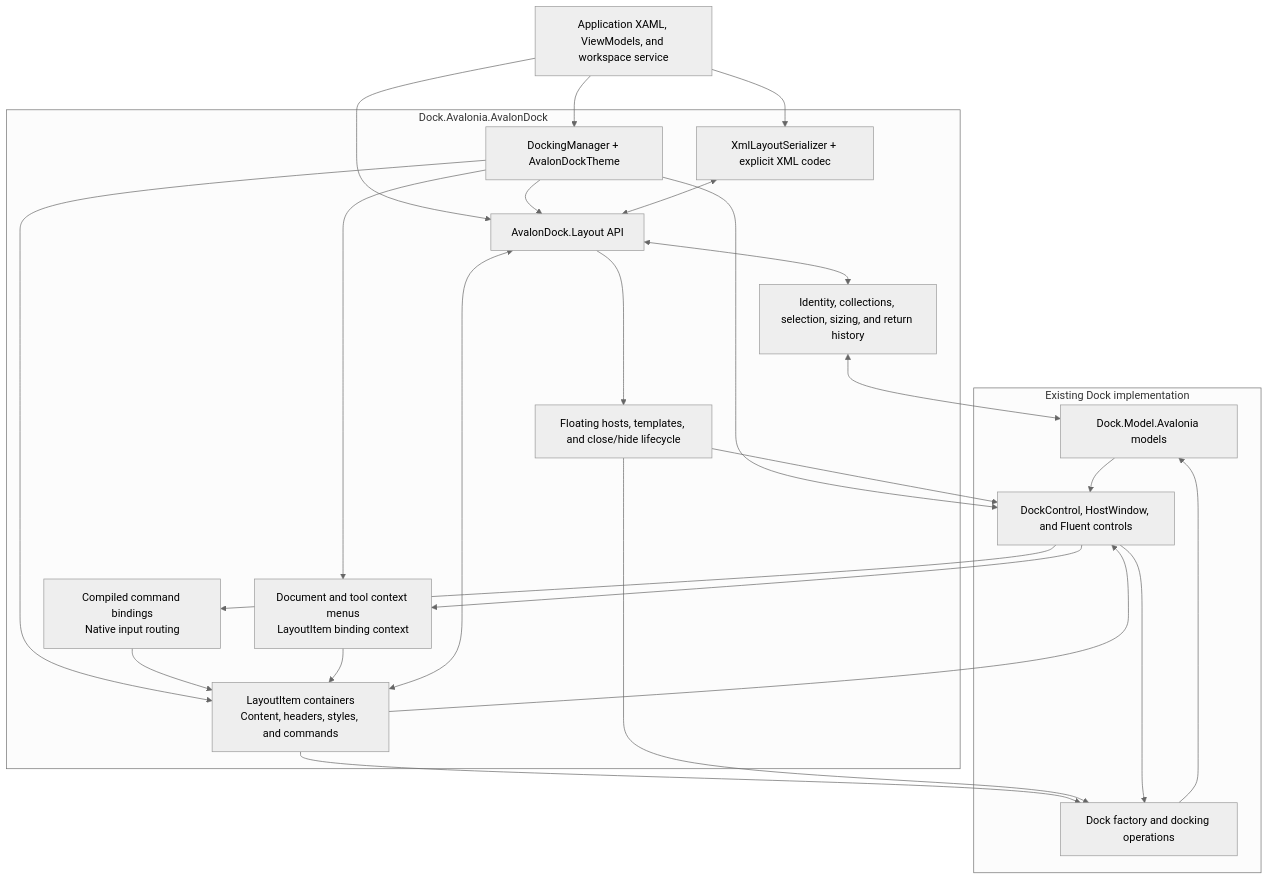
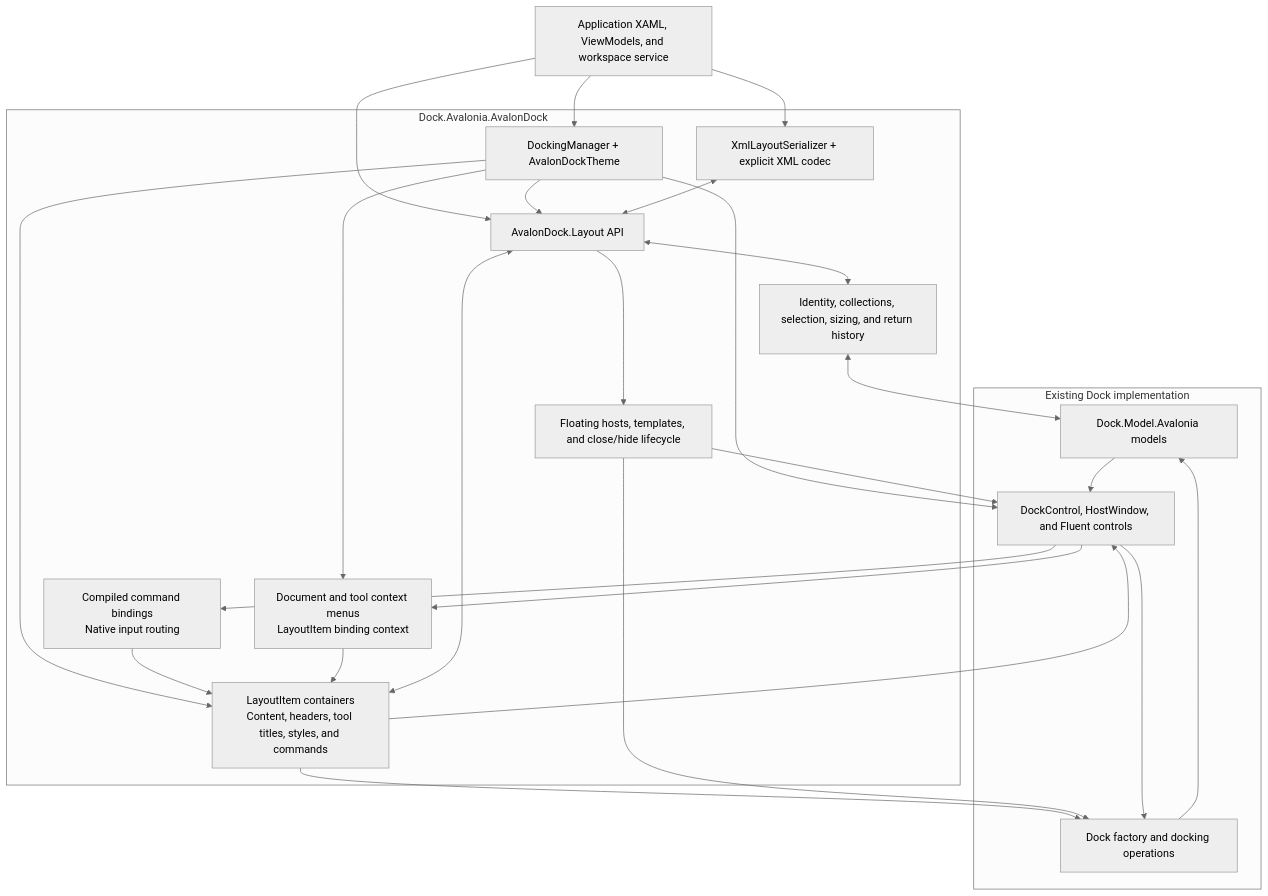
One commit to wieslawsoltes/Dock changed the diagram in docfx/articles/dock-avalondock.md. Above: the diagram before and after it, drawn with Mermaid (neutral theme). The commit also changed other lines of this file and 14 other files, not shown here.

````diff
--- a/docfx/articles/dock-avalondock.md
+++ b/docfx/articles/dock-avalondock.md
@@ -473,42 +487,42 @@
 ```mermaid
 flowchart TB
     App["Application XAML, ViewModels, and workspace service"]
     subgraph Compatibility["Dock.Avalonia.AvalonDock"]
         Manager["DockingManager + AvalonDockTheme"]
         Layout["AvalonDock.Layout API"]
-        Items["LayoutItem containers<br/>Content, headers, styles, and commands"]
+        Items["LayoutItem containers<br/>Content, headers, tool titles, styles, and commands"]
         Commands["Compiled command bindings<br/>Native input routing"]
         Menus["Document and tool context menus<br/>LayoutItem binding context"]
         Bridge["Identity, collections, selection, sizing, and return history"]
         Lifecycle["Floating hosts, templates, and close/hide lifecycle"]
         Xml["XmlLayoutSerializer + explicit XML codec"]
     end
     subgraph Native["Existing Dock implementation"]
         Models["Dock.Model.Avalonia models"]
         Factory["Dock factory and docking operations"]
         Controls["DockControl, HostWindow, and Fluent controls"]
     end
     App --> Manager
     App --> Layout
     App --> Xml
     Manager --> Layout
     Manager --> Items
     Items <--> Layout
     Items --> Factory
     Items --> Controls
     Controls --> Commands
     Commands --> Items
     Manager --> Menus
     Controls --> Menus
     Menus --> Items
     Manager --> Controls
     Layout <--> Bridge
     Bridge <--> Models
     Layout --> Lifecycle
     Lifecycle --> Factory
     Lifecycle --> Controls
     Controls --> Factory
     Factory --> Models
     Models --> Controls
     Xml <--> Layout
 ```
````
